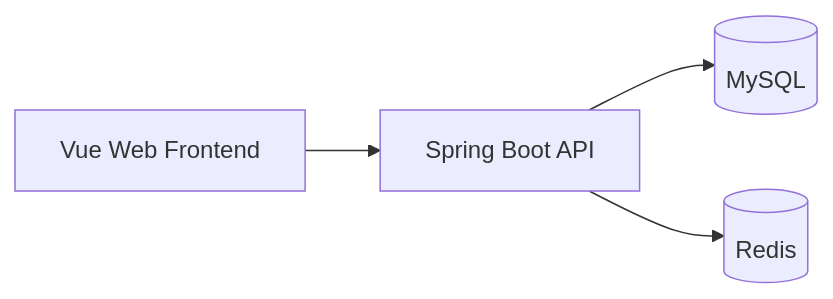
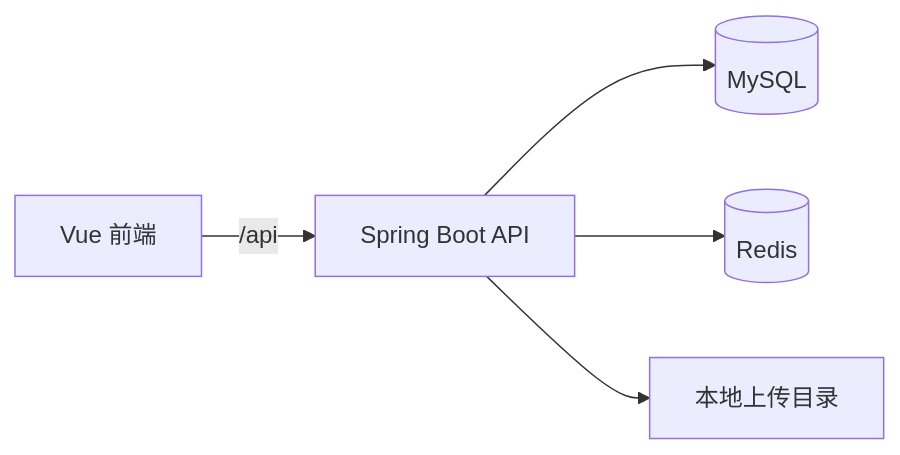
One commit to LoftyTao0622/FlowerKissTao changed the diagram in README.zh-CN.md. Above: the diagram before and after it, drawn with Mermaid. The commit also changed other lines of this file and 123 other files, not shown here.

````diff
--- a/README.zh-CN.md
+++ b/README.zh-CN.md
@@ -18,6 +21,7 @@
 ```mermaid
 flowchart LR
-    Web[Vue Web Frontend] --> API[Spring Boot API]
+    Browser[Vue 前端] -->|/api| API[Spring Boot API]
     API --> MySQL[(MySQL)]
     API --> Redis[(Redis)]
+    API --> Uploads[本地上传目录]
 ```
````
